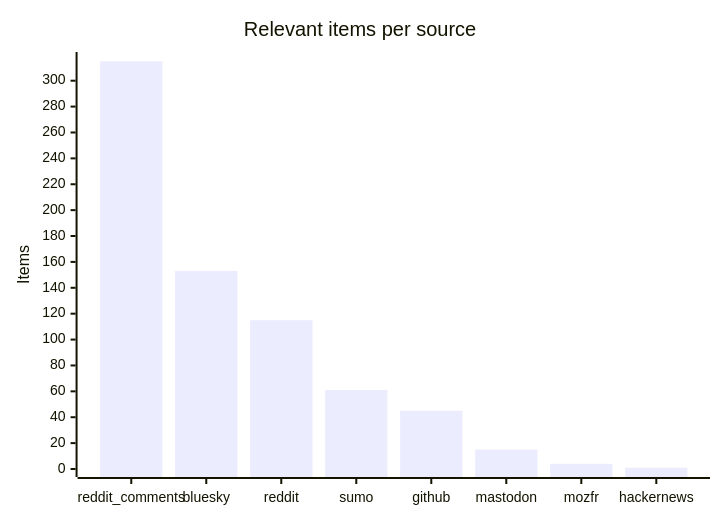
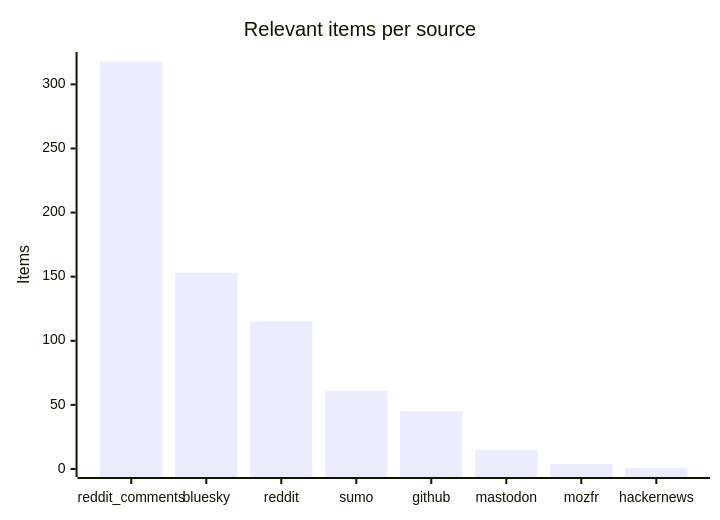
One commit to martinbalfanz/social-scanner-reports changed the third of 4 diagrams in README.md. Above: the diagram before and after it, drawn with Mermaid. The commit also changed other lines of this file and 4 other files, not shown here.

````diff
--- a/README.md
+++ b/README.md
@@ -48,7 +48,7 @@
 ```mermaid
 xychart-beta
     title "Relevant items per source"
     x-axis ["reddit_comments", "bluesky", "reddit", "sumo", "github", "mastodon", "mozfr", "hackernews"]
-    y-axis "Items" 0 --> 316
-    bar [315, 153, 115, 61, 45, 15, 4, 1]
+    y-axis "Items" 0 --> 319
+    bar [318, 153, 115, 61, 45, 15, 4, 1]
 ```
````
